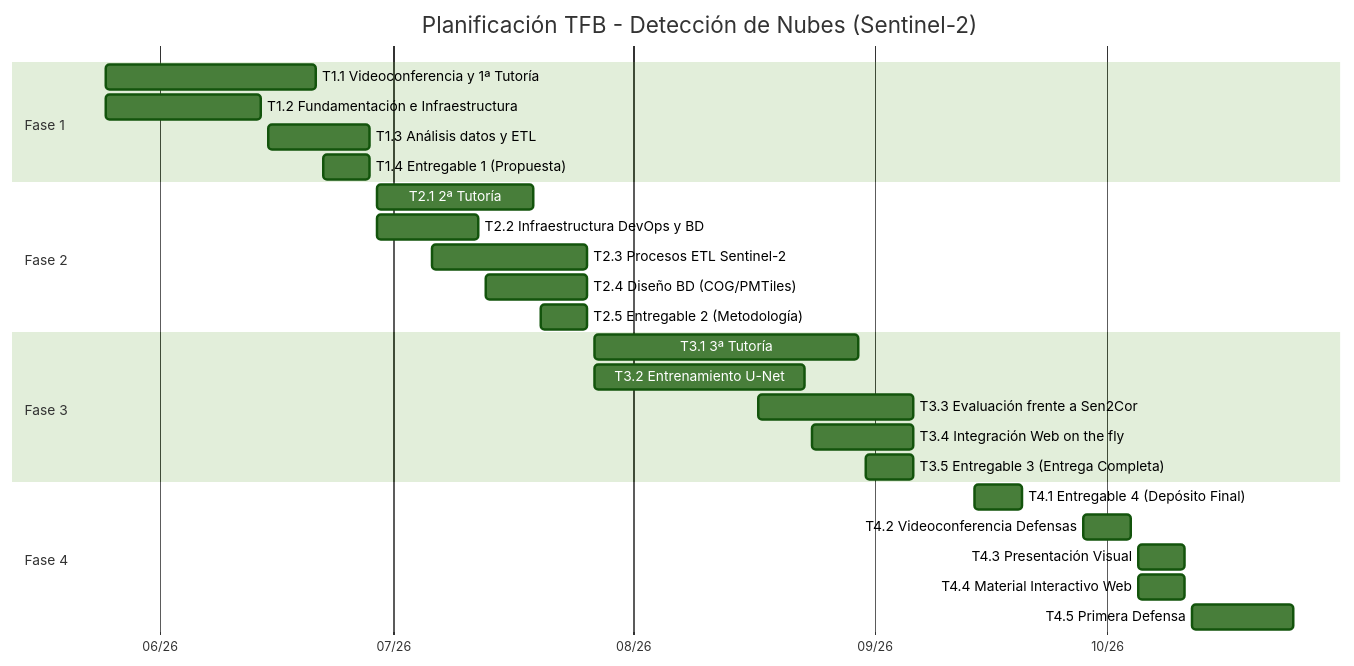
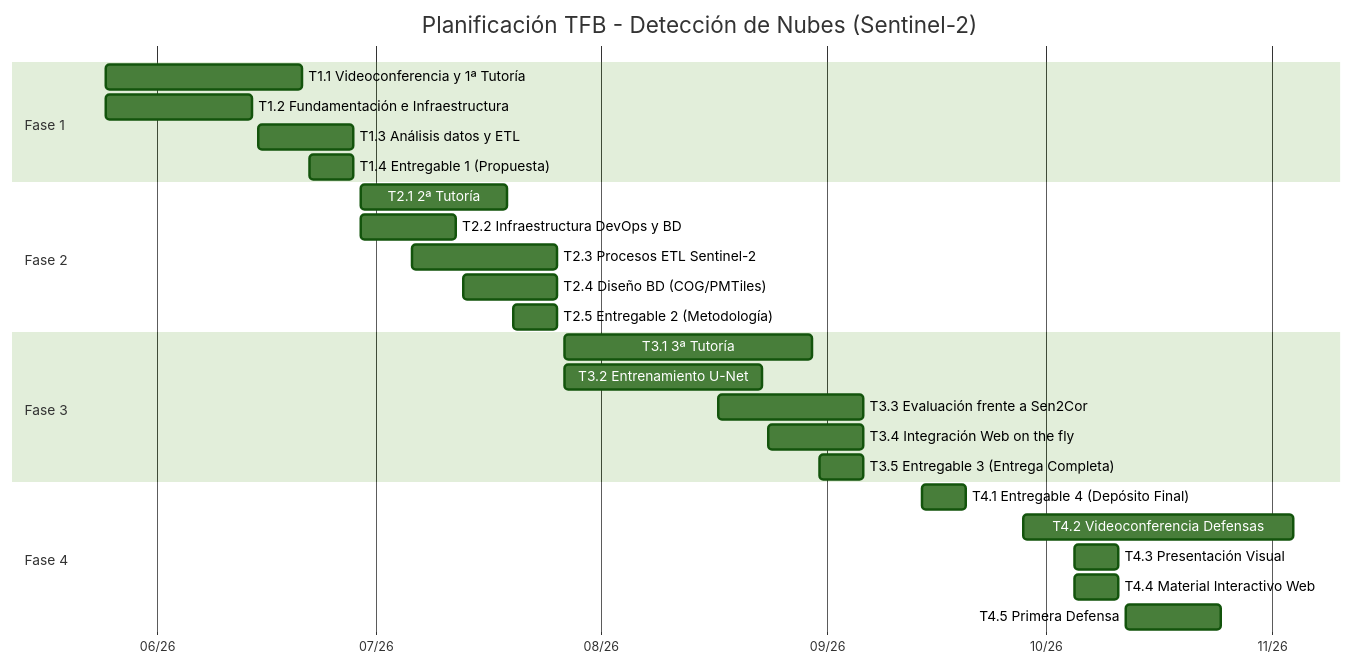
One commit to tonilogar/tonilogar.github.io changed the diagram in tbf/delivery/propuesta_entrega_004.md. Above: the diagram before and after it, drawn with Mermaid (forest theme). The commit also changed other lines of this file and 1 other file, not shown here.

Commit message:
Fix Gantt chart end date for T4.2

````diff
--- a/tbf/delivery/propuesta_entrega_004.md
+++ b/tbf/delivery/propuesta_entrega_004.md
@@ -143,33 +143,33 @@
 ```mermaid
 gantt
     title Planificación TFB - Detección de Nubes (Sentinel-2)
     dateFormat  YYYY-MM-DD
     axisFormat  %m/%y
 
     section Fase 1
     T1.1 Videoconferencia y 1ª Tutoría       :a1, 2026-05-25, 2026-06-21
     T1.2 Fundamentación e Infraestructura    :a2, 2026-05-25, 2026-06-14
     T1.3 Análisis datos y ETL                :a3, 2026-06-15, 2026-06-28
     T1.4 Entregable 1 (Propuesta)            :a4, 2026-06-22, 2026-06-28
 
     section Fase 2
     T2.1 2ª Tutoría                          :b1, 2026-06-29, 2026-07-19
     T2.2 Infraestructura DevOps y BD         :b2, 2026-06-29, 2026-07-12
     T2.3 Procesos ETL Sentinel-2             :b3, 2026-07-06, 2026-07-26
     T2.4 Diseño BD (COG/PMTiles)             :b4, 2026-07-13, 2026-07-26
     T2.5 Entregable 2 (Metodología)          :b5, 2026-07-20, 2026-07-26
 
     section Fase 3
     T3.1 3ª Tutoría                          :c1, 2026-07-27, 2026-08-30
     T3.2 Entrenamiento U-Net                 :c2, 2026-07-27, 2026-08-23
     T3.3 Evaluación frente a Sen2Cor         :c3, 2026-08-17, 2026-09-06
     T3.4 Integración Web on the fly          :c4, 2026-08-24, 2026-09-06
     T3.5 Entregable 3 (Entrega Completa)     :c5, 2026-08-31, 2026-09-06
 
     section Fase 4
     T4.1 Entregable 4 (Depósito Final)       :d1, 2026-09-14, 2026-09-20
-    T4.2 Videoconferencia Defensas           :d2, 2026-09-28, 2026-10-04
+    T4.2 Videoconferencia Defensas           :d2, 2026-09-28, 2026-11-04
     T4.3 Presentación Visual                 :d3, 2026-10-05, 2026-10-11
     T4.4 Material Interactivo Web            :d4, 2026-10-05, 2026-10-11
     T4.5 Primera Defensa                     :d5, 2026-10-12, 2026-10-25
 ```
````
